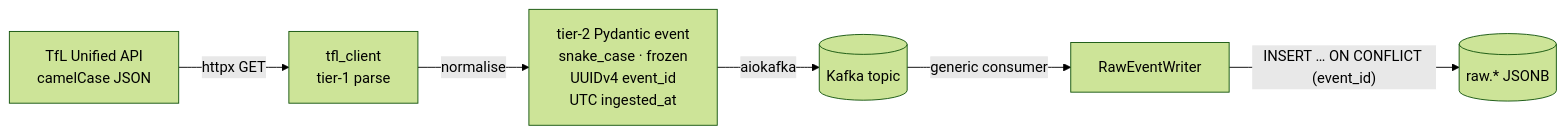
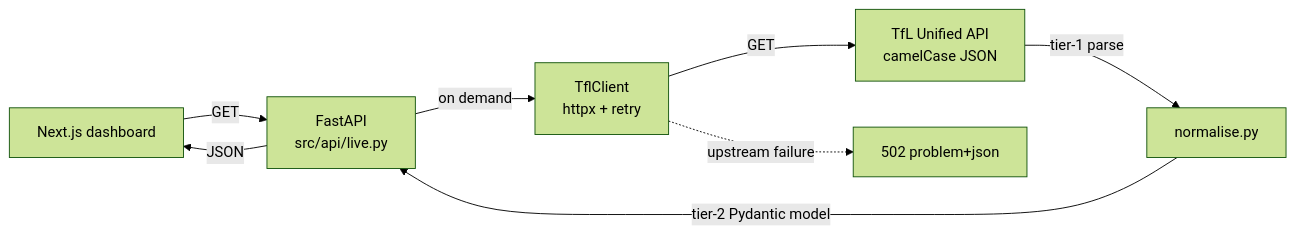
The first of 2 diagrams in docs/pipelines/ingestion.md (hcslomeu/tfl-monitor), drawn with Mermaid (forest theme) before and after one commit. The commit also changed other lines of this file and 15 other files, not shown here.

First line of the commit message:
docs: sync mkdocs site with live-proxy architecture (TM-35) (#131)

````diff
--- a/docs/pipelines/ingestion.md
+++ b/docs/pipelines/ingestion.md
@@ -19,8 +22,10 @@
 ```mermaid
 flowchart LR
-    TFL[TfL Unified API<br/>camelCase JSON] -->|httpx GET| C[tfl_client<br/>tier-1 parse]
-    C -->|normalise| T2["tier-2 Pydantic event<br/>snake_case · frozen<br/>UUIDv4 event_id<br/>UTC ingested_at"]
-    T2 -->|aiokafka| K[(Kafka topic)]
-    K -->|generic consumer| W[RawEventWriter]
-    W -->|"INSERT … ON CONFLICT (event_id)"| R[(raw.* JSONB)]
+    WEB[Next.js dashboard] -->|GET| API[FastAPI<br/>src/api/live.py]
+    API -->|on demand| C[TflClient<br/>httpx + retry]
+    C -->|GET| TFL[TfL Unified API<br/>camelCase JSON]
+    TFL -->|tier-1 parse| N[normalise.py]
+    N -->|tier-2 Pydantic model| API
+    API -->|JSON| WEB
+    C -.upstream failure.-> E[502 problem+json]
 ```
````
